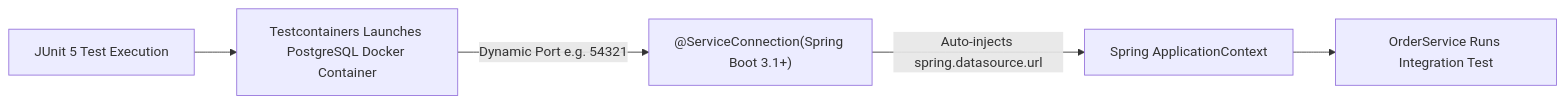
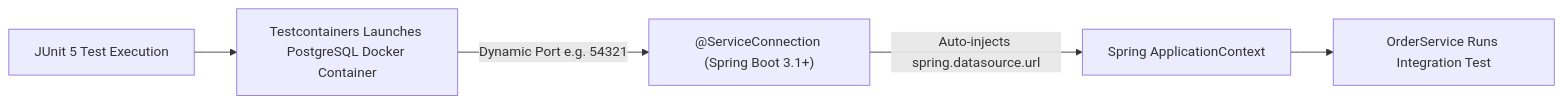
Before and after one commit to pploc/swe-icon-the-moment: the diagram in content/questions/language/java/spring-boot-testcontainers-integration.md, drawn with Mermaid. The commit also changed 95 other files, not shown here.

Commit message:
fix: update the practice mode diagram bug not display

````diff
--- a/content/questions/language/java/spring-boot-testcontainers-integration.md
+++ b/content/questions/language/java/spring-boot-testcontainers-integration.md
@@ -22,9 +22,10 @@
 ```mermaid
 flowchart LR
     JUnit["JUnit 5 Test Execution"] --> Testcontainers["Testcontainers Launches PostgreSQL Docker Container"]
-    Testcontainers -->|Dynamic Port e.g. 54321| ServiceConn["@ServiceConnection(Spring Boot 3.1+)"]
+    Testcontainers -->|Dynamic Port e.g. 54321| ServiceConn["@ServiceConnection (Spring Boot 3.1+)"]
     ServiceConn -->|Auto-injects spring.datasource.url| Context["Spring ApplicationContext"]
     Context --> App["OrderService Runs Integration Test"]
 
 
+
 ```
````
